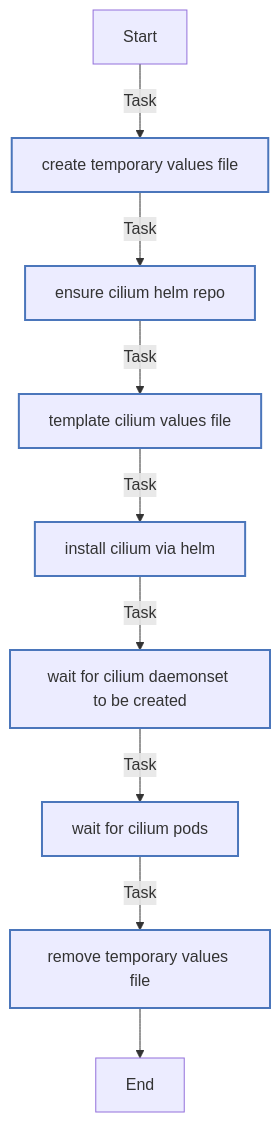
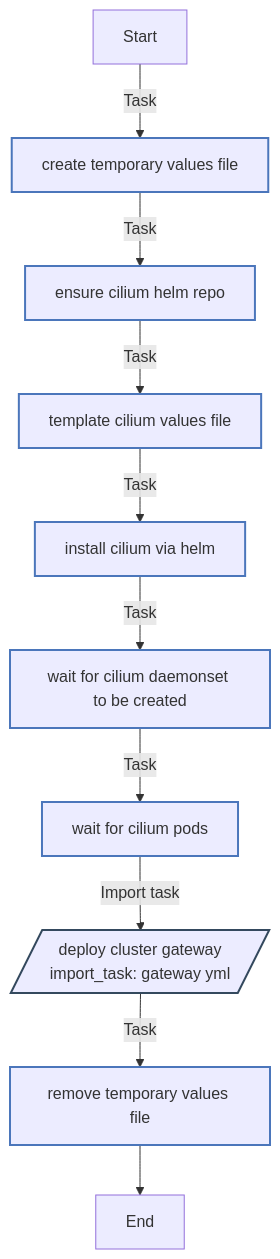
Before and after one commit to rou-cru/k3s-homelab: the second of 2 diagrams in roles/cilium/README.md, drawn with Mermaid. The commit also changed other lines of this file and 116 other files, not shown here.

````diff
--- a/roles/cilium/README.md
+++ b/roles/cilium/README.md
@@ -161,21 +187,22 @@
 ```mermaid
 flowchart TD
 Start
 classDef block stroke:#3498db,stroke-width:2px;
 classDef task stroke:#4b76bb,stroke-width:2px;
 classDef includeTasks stroke:#16a085,stroke-width:2px;
 classDef importTasks stroke:#34495e,stroke-width:2px;
 classDef includeRole stroke:#2980b9,stroke-width:2px;
 classDef importRole stroke:#699ba7,stroke-width:2px;
 classDef includeVars stroke:#8e44ad,stroke-width:2px;
 classDef rescue stroke:#665352,stroke-width:2px;
 
   Start-->|Task| Create_temporary_values_file0[create temporary values file]:::task
   Create_temporary_values_file0-->|Task| Ensure_Cilium_Helm_repo1[ensure cilium helm repo]:::task
   Ensure_Cilium_Helm_repo1-->|Task| Template_Cilium_values_file2[template cilium values file]:::task
   Template_Cilium_values_file2-->|Task| Install_Cilium_via_Helm3[install cilium via helm]:::task
   Install_Cilium_via_Helm3-->|Task| Wait_for_Cilium_DaemonSet_to_be_created4[wait for cilium daemonset to be created]:::task
   Wait_for_Cilium_DaemonSet_to_be_created4-->|Task| Wait_for_cilium_pods5[wait for cilium pods]:::task
-  Wait_for_cilium_pods5-->|Task| Remove_temporary_values_file6[remove temporary values file]:::task
-  Remove_temporary_values_file6-->End
+  Wait_for_cilium_pods5-->|Import task| Deploy_Cluster_Gateway_gateway_yml_6[/deploy cluster gateway<br>import_task: gateway yml/]:::importTasks
+  Deploy_Cluster_Gateway_gateway_yml_6-->|Task| Remove_temporary_values_file7[remove temporary values file]:::task
+  Remove_temporary_values_file7-->End
 ```
````
